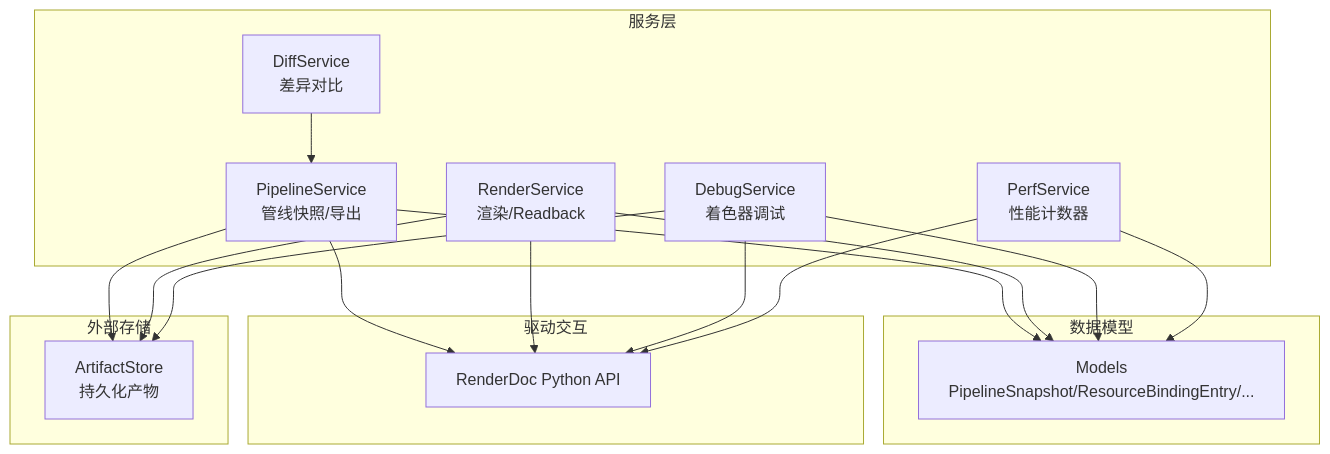
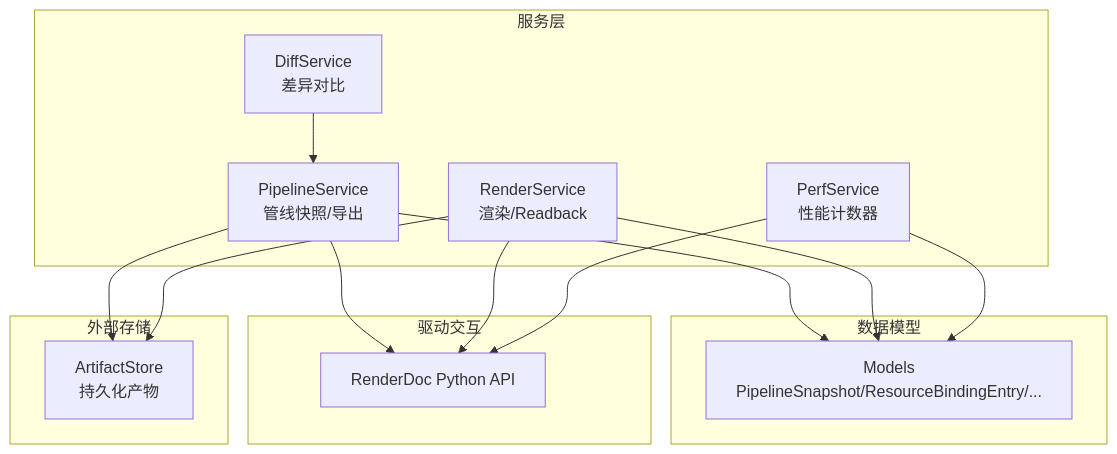
One commit to haolange/RDC-Tool changed the first of 6 diagrams in .qoder/repowiki/zh/content/核心概念/管线状态/管线状态.md. Above: the diagram before and after it, drawn with Mermaid. The commit also changed other lines of this file and 79 other files, not shown here.

````diff
--- a/.qoder/repowiki/zh/content/核心概念/管线状态/管线状态.md
+++ b/.qoder/repowiki/zh/content/核心概念/管线状态/管线状态.md
@@ -43,31 +48,27 @@
 ```mermaid
 graph TB
 subgraph "服务层"
 PS["PipelineService<br/>管线快照/导出"]
 RS["RenderService<br/>渲染/Readback"]
-DS["DebugService<br/>着色器调试"]
 PF["PerfService<br/>性能计数器"]
 DF["DiffService<br/>差异对比"]
 end
 subgraph "数据模型"
 M["Models<br/>PipelineSnapshot/ResourceBindingEntry/..."]
 end
 subgraph "驱动交互"
 RD["RenderDoc Python API"]
 end
 subgraph "外部存储"
 AS["ArtifactStore<br/>持久化产物"]
 end
 PS --> RD
 RS --> RD
-DS --> RD
 PF --> RD
 PS --> AS
 RS --> AS
-DS --> AS
 DF --> PS
 PS --> M
 RS --> M
-DS --> M
 PF --> M
 ```
````
